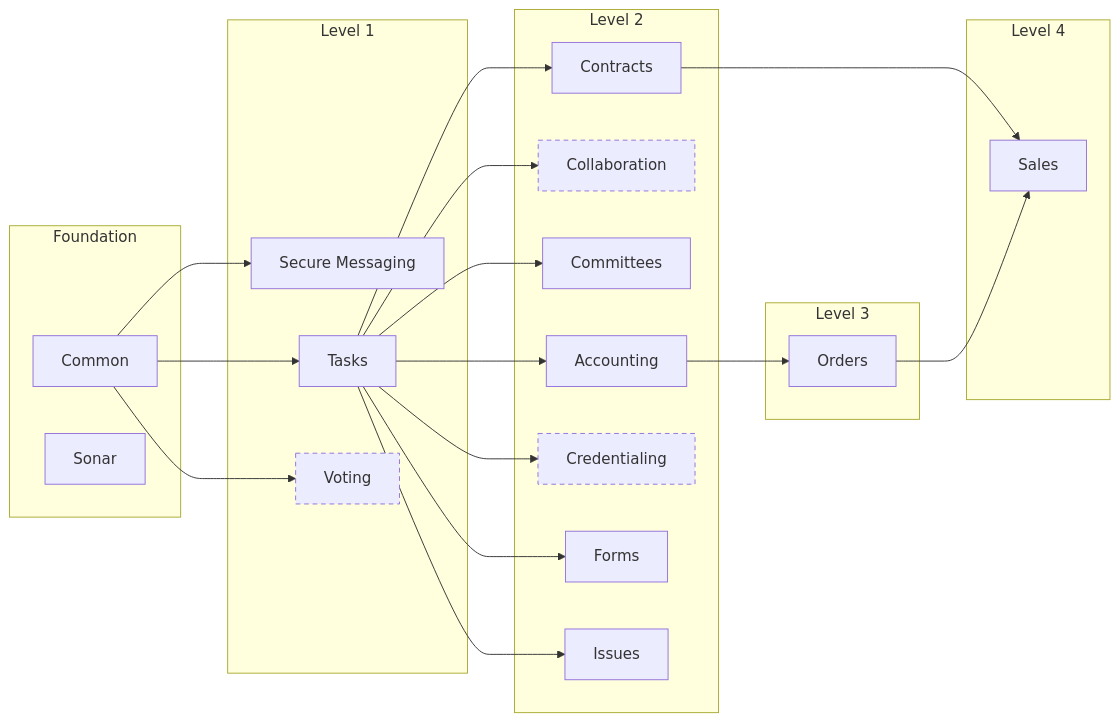
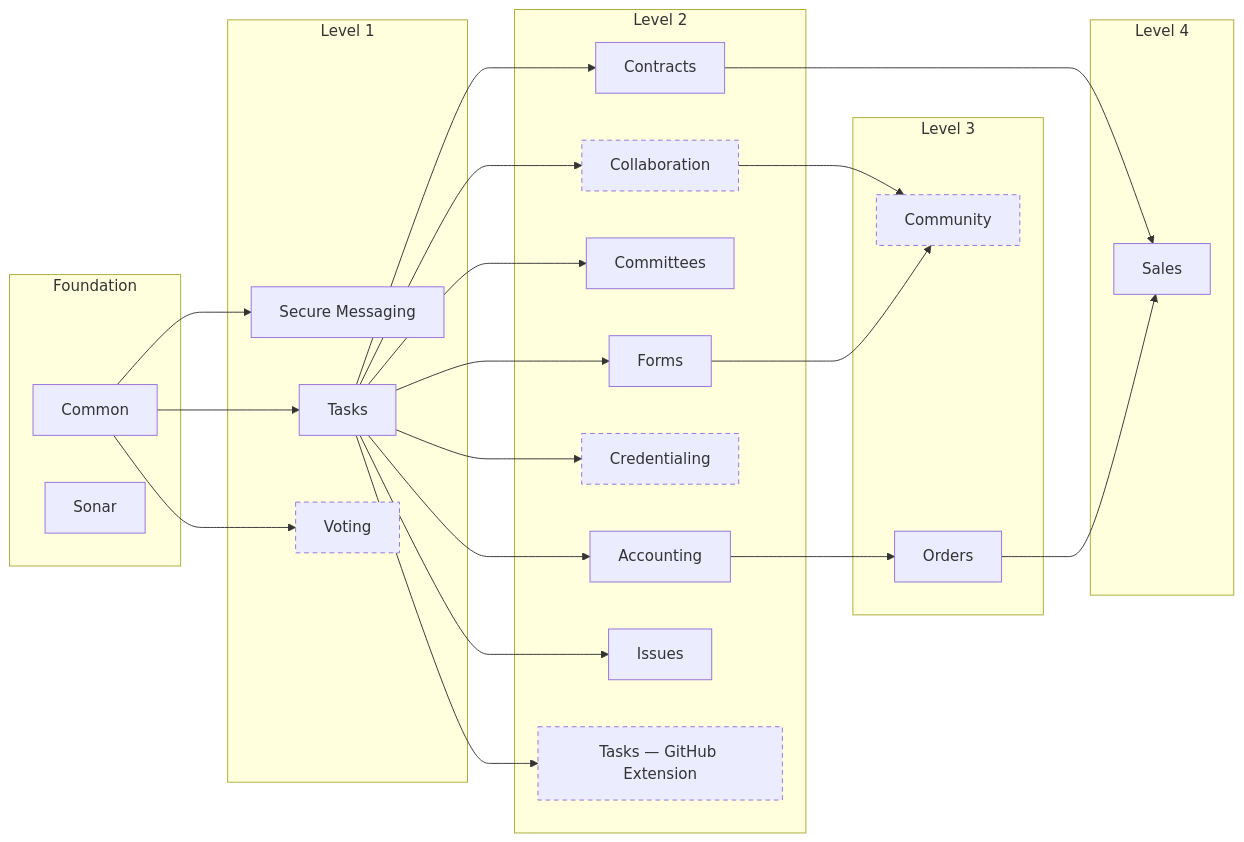
Before and after one commit to MemberJunction/MJ: the diagram in guides/BIZAPPS_GUIDE.md, drawn with Mermaid. The commit also changed other lines of this file, not shown here.

````diff
--- a/guides/BIZAPPS_GUIDE.md
+++ b/guides/BIZAPPS_GUIDE.md
@@ -19,42 +19,47 @@
 ```mermaid
 flowchart LR
   subgraph layer0["Foundation"]
     bizapps_common["Common"]
     bizapps_sonar["Sonar"]
   end
   subgraph layer1["Level 1"]
     bizapps_secure_messaging["Secure Messaging"]
     bizapps_tasks["Tasks"]
     bizapps_voting["Voting"]
   end
   subgraph layer2["Level 2"]
     bizapps_accounting["Accounting"]
     bizapps_collaboration["Collaboration"]
     bizapps_committees["Committees"]
     bizapps_contracts["Contracts"]
     bizapps_credentialing["Credentialing"]
     bizapps_forms["Forms"]
     bizapps_issues["Issues"]
+    bizapps_tasks_github["Tasks — GitHub Extension"]
   end
   subgraph layer3["Level 3"]
+    bizapps_community["Community"]
     bizapps_orders["Orders"]
   end
   subgraph layer4["Level 4"]
     bizapps_sales["Sales"]
   end
   bizapps_accounting --> bizapps_orders
+  bizapps_collaboration --> bizapps_community
   bizapps_common --> bizapps_secure_messaging
   bizapps_common --> bizapps_tasks
   bizapps_common --> bizapps_voting
   bizapps_contracts --> bizapps_sales
+  bizapps_forms --> bizapps_community
   bizapps_orders --> bizapps_sales
   bizapps_tasks --> bizapps_accounting
   bizapps_tasks --> bizapps_collaboration
   bizapps_tasks --> bizapps_committees
   bizapps_tasks --> bizapps_contracts
   bizapps_tasks --> bizapps_credentialing
   bizapps_tasks --> bizapps_forms
   bizapps_tasks --> bizapps_issues
+  bizapps_tasks --> bizapps_tasks_github
   classDef dev stroke-dasharray: 5 4
-  class bizapps_collaboration,bizapps_credentialing,bizapps_voting dev
+  class bizapps_collaboration,bizapps_community,bizapps_credentialing,bizapps_tasks_github,bizapps_voting dev
 ```
````
